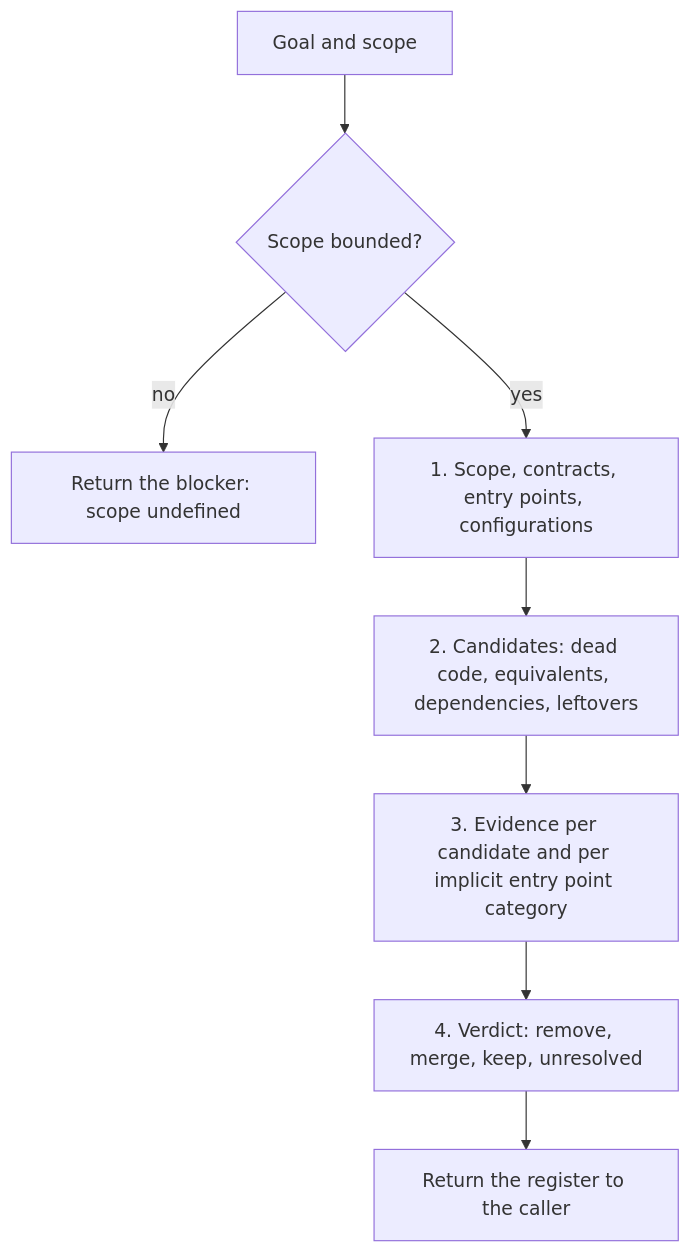
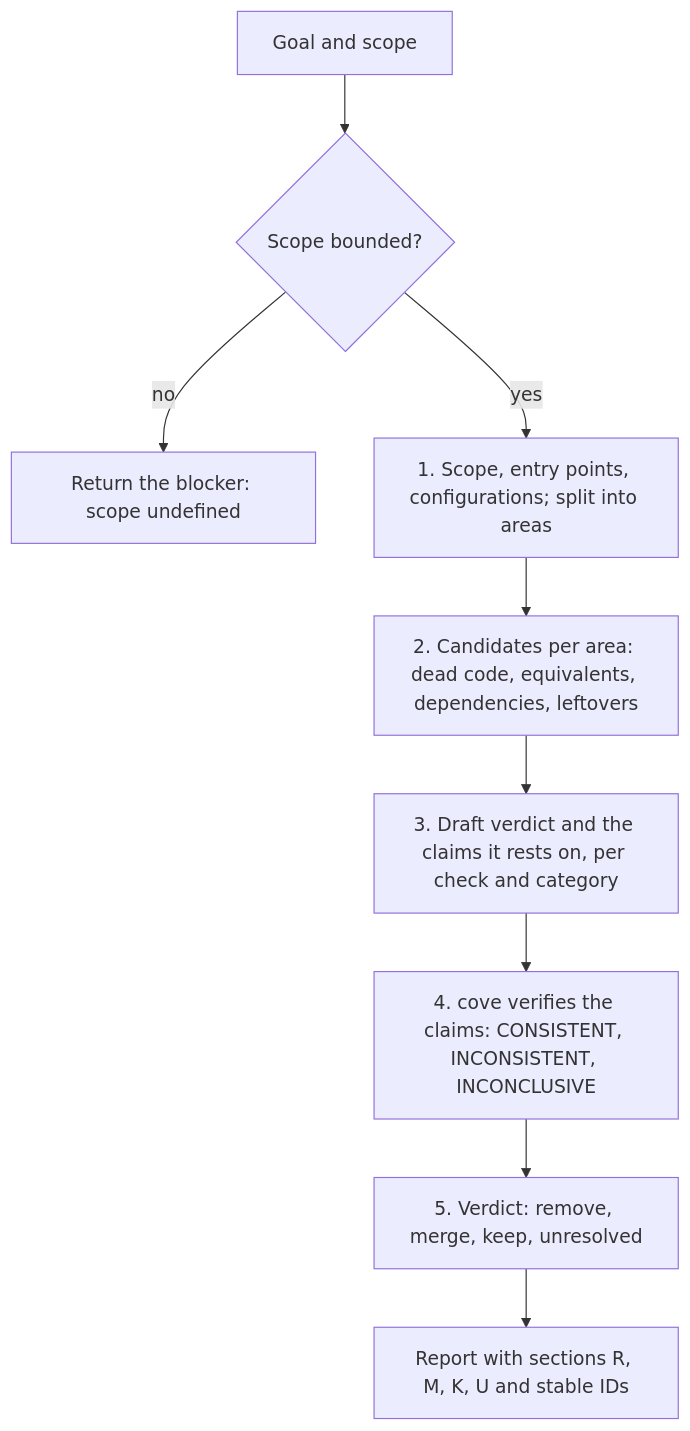
The first of 2 diagrams in claude/skills/cleanup-codebase/README.md (daniel-grabowski/adhoc-sdlc), drawn with Mermaid before and after one commit. The commit also changed other lines of this file and 44 other files, not shown here.

First line of the commit message:
Release 0.8.0: cleanup-codebase report loop with cove verification

````diff
--- a/claude/skills/cleanup-codebase/README.md
+++ b/claude/skills/cleanup-codebase/README.md
@@ -31,10 +38,11 @@
 ```mermaid
 flowchart TD
     I["Goal and scope"] --> S{"Scope bounded?"}
     S -->|"no"| B["Return the blocker: scope undefined"]
-    S -->|"yes"| E["1. Scope, contracts, entry points, configurations"]
-    E --> C["2. Candidates: dead code, equivalents, dependencies, leftovers"]
-    C --> V["3. Evidence per candidate and per implicit entry point category"]
-    V --> D["4. Verdict: remove, merge, keep, unresolved"]
-    D --> R["Return the register to the caller"]
+    S -->|"yes"| E["1. Scope, entry points, configurations; split into areas"]
+    E --> C["2. Candidates per area: dead code, equivalents, dependencies, leftovers"]
+    C --> D["3. Draft verdict and the claims it rests on, per check and category"]
+    D --> V["4. cove verifies the claims: CONSISTENT, INCONSISTENT, INCONCLUSIVE"]
+    V --> W["5. Verdict: remove, merge, keep, unresolved"]
+    W --> R["Report with sections R, M, K, U and stable IDs"]
 ```
````
